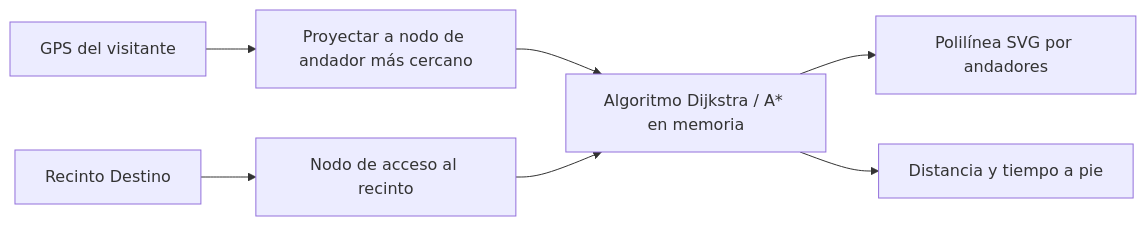
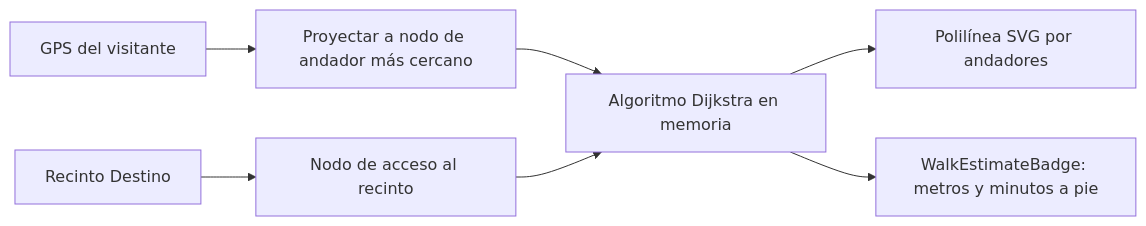
The third of 3 diagrams in apps/mobile/plan/007-map-location.md (jonathan241210/integradora101), drawn with Mermaid before and after one commit. The commit also changed other lines of this file and 12 other files, not shown here.

````diff
--- a/apps/mobile/plan/007-map-location.md
+++ b/apps/mobile/plan/007-map-location.md
@@ -525,9 +526,9 @@
 ```mermaid
 flowchart LR
     GPS[GPS del visitante] --> NearestNode[Proyectar a nodo de andador más cercano]
-    NearestNode --> Dijkstra[Algoritmo Dijkstra / A* en memoria]
+    NearestNode --> Dijkstra[Algoritmo Dijkstra en memoria]
     Destination[Recinto Destino] --> DestNode[Nodo de acceso al recinto]
     DestNode --> Dijkstra
     Dijkstra --> Polyline[Polilínea SVG por andadores]
-    Dijkstra --> DistanceTime[Distancia y tiempo a pie]
+    Dijkstra --> DistanceTime[WalkEstimateBadge: metros y minutos a pie]
 ```
````
